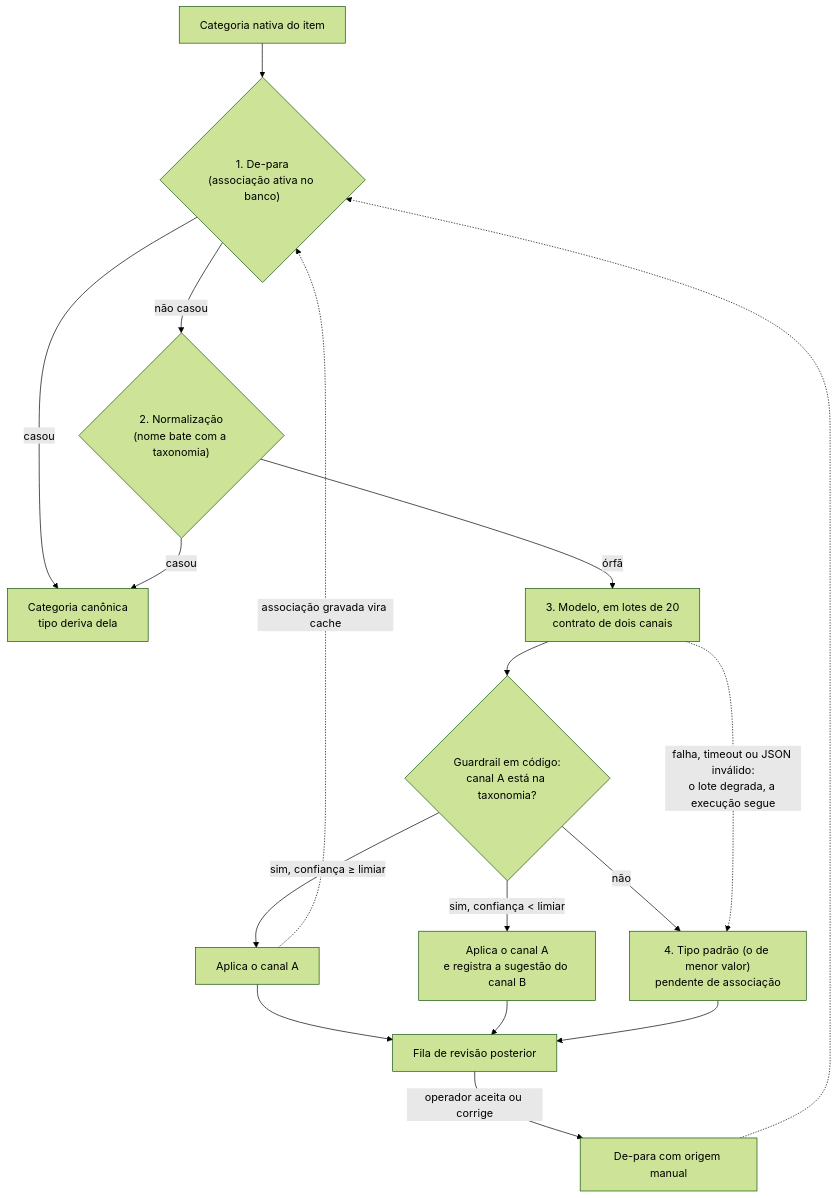
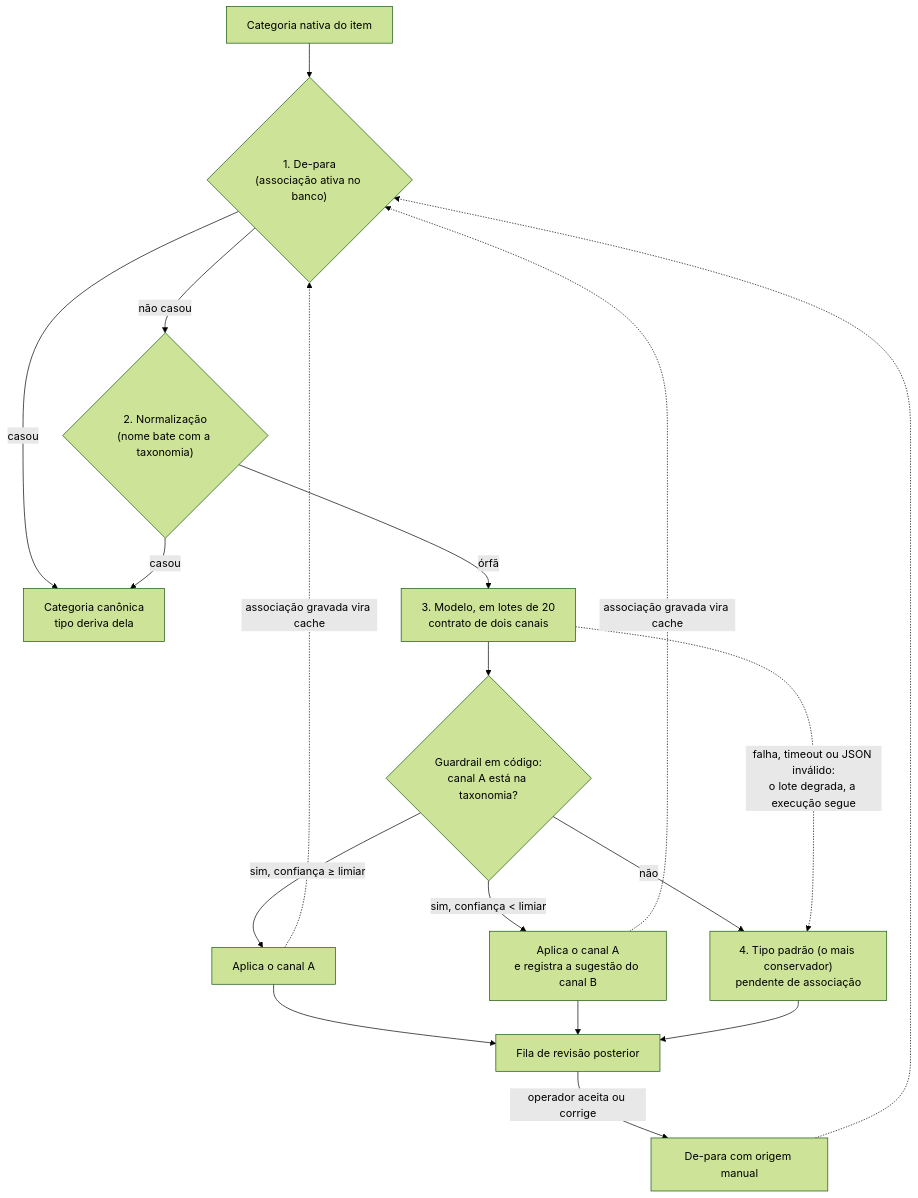
Before and after one commit to thisco/padroes-engenharia: the first of 2 diagrams in casos/classificacao-hibrida-governada.md, drawn with Mermaid (forest theme). The commit also changed other lines of this file and 15 other files, not shown here.

````diff
--- a/casos/classificacao-hibrida-governada.md
+++ b/casos/classificacao-hibrida-governada.md
@@ -52,19 +44,20 @@
 ```mermaid
 flowchart TD
     IN["Categoria nativa do item"] --> DP{"1. De-para<br/>(associação ativa no banco)"}
     DP -->|"casou"| OK["Categoria canônica<br/>tipo deriva dela"]
     DP -->|"não casou"| NO{"2. Normalização<br/>(nome bate com a taxonomia)"}
     NO -->|"casou"| OK
     NO -->|"órfã"| MO["3. Modelo, em lotes de 20<br/>contrato de dois canais"]
     MO --> GR{"Guardrail em código:<br/>canal A está na taxonomia?"}
     GR -->|"sim, confiança ≥ limiar"| AP["Aplica o canal A"]
     GR -->|"sim, confiança < limiar"| APS["Aplica o canal A<br/>e registra a sugestão do canal B"]
-    GR -->|"não"| TP["4. Tipo padrão (o de menor valor)<br/>pendente de associação"]
+    GR -->|"não"| TP["4. Tipo padrão (o mais conservador)<br/>pendente de associação"]
     MO -.->|"falha, timeout ou JSON inválido:<br/>o lote degrada, a execução segue"| TP
     AP --> FI["Fila de revisão posterior"]
     APS --> FI
     TP --> FI
     FI -->|"operador aceita ou corrige"| CA["De-para com origem manual"]
     AP -.->|"associação gravada vira cache"| DP
+    APS -.->|"associação gravada vira cache"| DP
     CA -.-> DP
 ```
````
